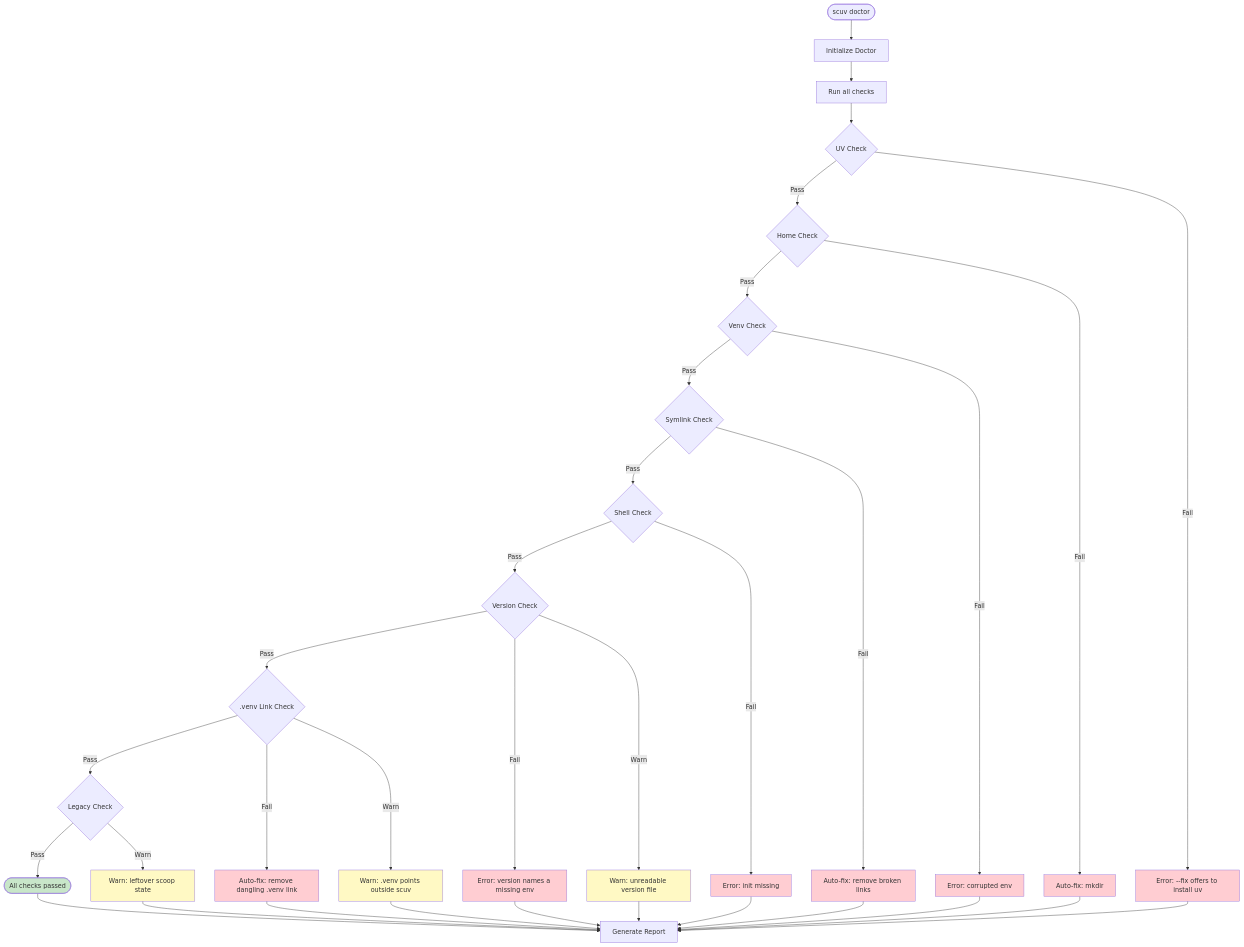
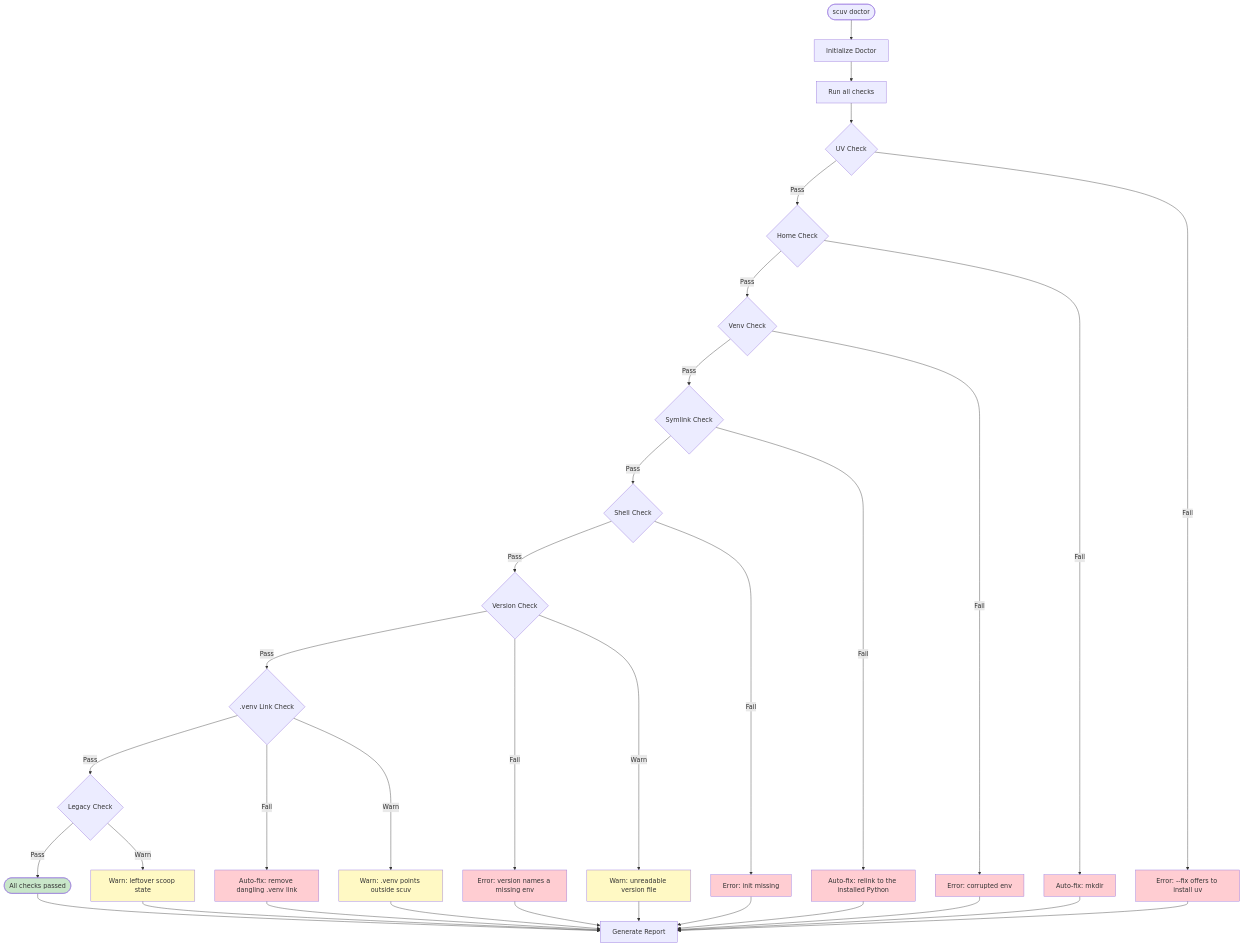
Before and after one commit to ai-screams/scoop-uv: the fifth of 6 diagrams in docs/src/development/architecture.md, drawn with Mermaid. The commit also changed other lines of this file and 18 other files, not shown here.

````diff
--- a/docs/src/development/architecture.md
+++ b/docs/src/development/architecture.md
@@ -242,56 +244,56 @@
 ```mermaid
 flowchart TD
     Start([scuv doctor]) --> Init[Initialize Doctor]
     Init --> Run[Run all checks]
 
     Run --> UV{UV Check}
     UV -->|Pass| Home{Home Check}
     UV -->|Fail| Fix1[Error: --fix offers to install uv]
 
     Home -->|Pass| Venv{Venv Check}
     Home -->|Fail| Fix2[Auto-fix: mkdir]
 
     Venv -->|Pass| Link{Symlink Check}
     Venv -->|Fail| Err1[Error: corrupted env]
 
     Link -->|Pass| Shell{Shell Check}
-    Link -->|Fail| Fix3[Auto-fix: remove broken links]
+    Link -->|Fail| Fix3[Auto-fix: relink to the installed Python]
 
     Shell -->|Pass| Ver{Version Check}
     Shell -->|Fail| Err2[Error: init missing]
 
     Ver -->|Pass| VLink{.venv Link Check}
     Ver -->|Fail| Err3[Error: version names a missing env]
     Ver -->|Warn| Warn3[Warn: unreadable version file]
 
     VLink -->|Pass| Legacy{Legacy Check}
     VLink -->|Fail| Fix4[Auto-fix: remove dangling .venv link]
     VLink -->|Warn| Warn5[Warn: .venv points outside scuv]
 
     Legacy -->|Pass| Done([All checks passed])
     Legacy -->|Warn| Warn4[Warn: leftover scoop state]
 
     Fix1 --> Report[Generate Report]
     Fix2 --> Report
     Fix3 --> Report
     Fix4 --> Report
     Err1 --> Report
     Err2 --> Report
     Err3 --> Report
     Warn3 --> Report
     Warn4 --> Report
     Warn5 --> Report
     Done --> Report
 
     style Done fill:#c8e6c9
     style Fix1 fill:#ffcdd2
     style Fix2 fill:#ffcdd2
     style Fix3 fill:#ffcdd2
     style Fix4 fill:#ffcdd2
     style Err1 fill:#ffcdd2
     style Err2 fill:#ffcdd2
     style Err3 fill:#ffcdd2
     style Warn3 fill:#fff9c4
     style Warn4 fill:#fff9c4
     style Warn5 fill:#fff9c4
 ```
````
